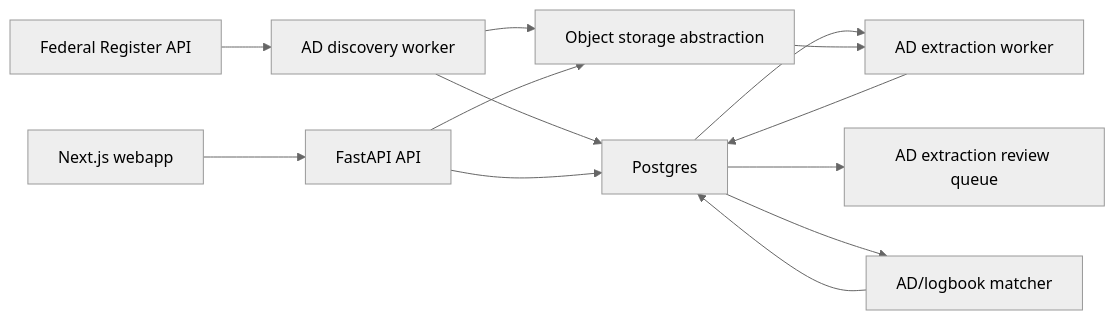
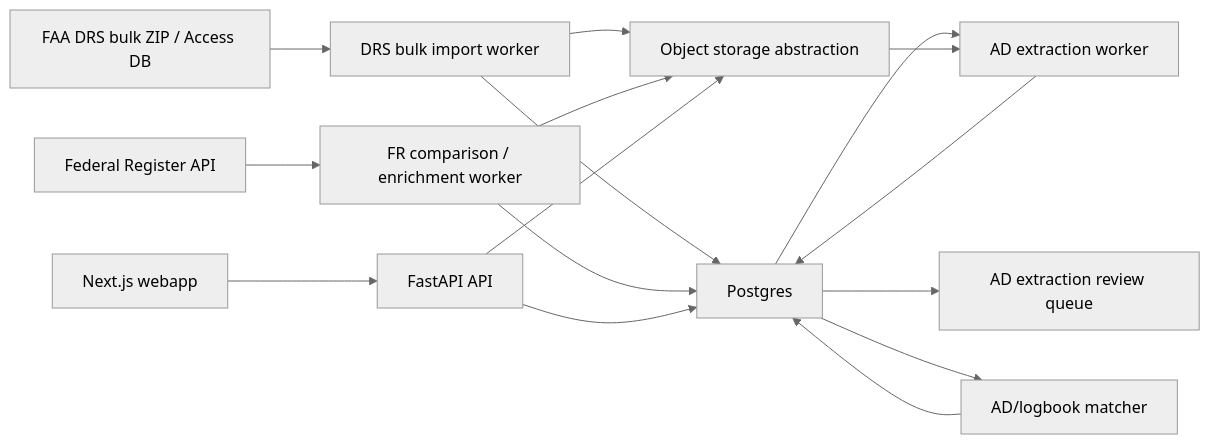
The diagram in .ai/AD_INGESTION_MVP_SPEC.md (Trent-pivotallift/paprnav), drawn with Mermaid (neutral theme) before and after one commit. The commit also changed other lines of this file and 37 other files, not shown here.

````diff
--- a/.ai/AD_INGESTION_MVP_SPEC.md
+++ b/.ai/AD_INGESTION_MVP_SPEC.md
@@ -48,15 +56,18 @@
 ```mermaid
 flowchart LR
-  FR["Federal Register API"] --> Poller["AD discovery worker"]
-  Poller --> DB["Postgres"]
-  Poller --> Obj["Object storage abstraction"]
+  DRS["FAA DRS bulk ZIP / Access DB"] --> Importer["DRS bulk import worker"]
+  Importer --> DB["Postgres"]
+  Importer --> Obj["Object storage abstraction"]
+  FR["Federal Register API"] --> Enrich["FR comparison / enrichment worker"]
+  Enrich --> DB
+  Enrich --> Obj
   DB --> Extract["AD extraction worker"]
   Obj --> Extract
   Extract --> DB
   DB --> Review["AD extraction review queue"]
   DB --> Match["AD/logbook matcher"]
   Match --> DB
   Web["Next.js webapp"] --> API["FastAPI API"]
   API --> DB
   API --> Obj
 ```
````
